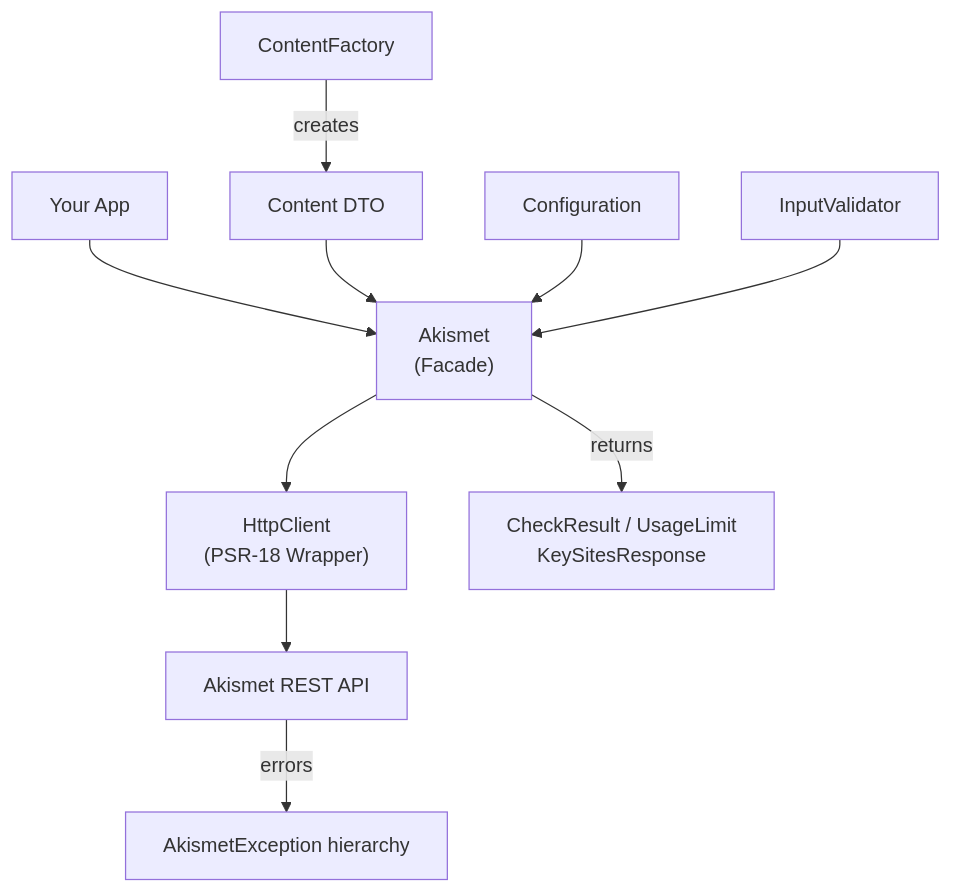
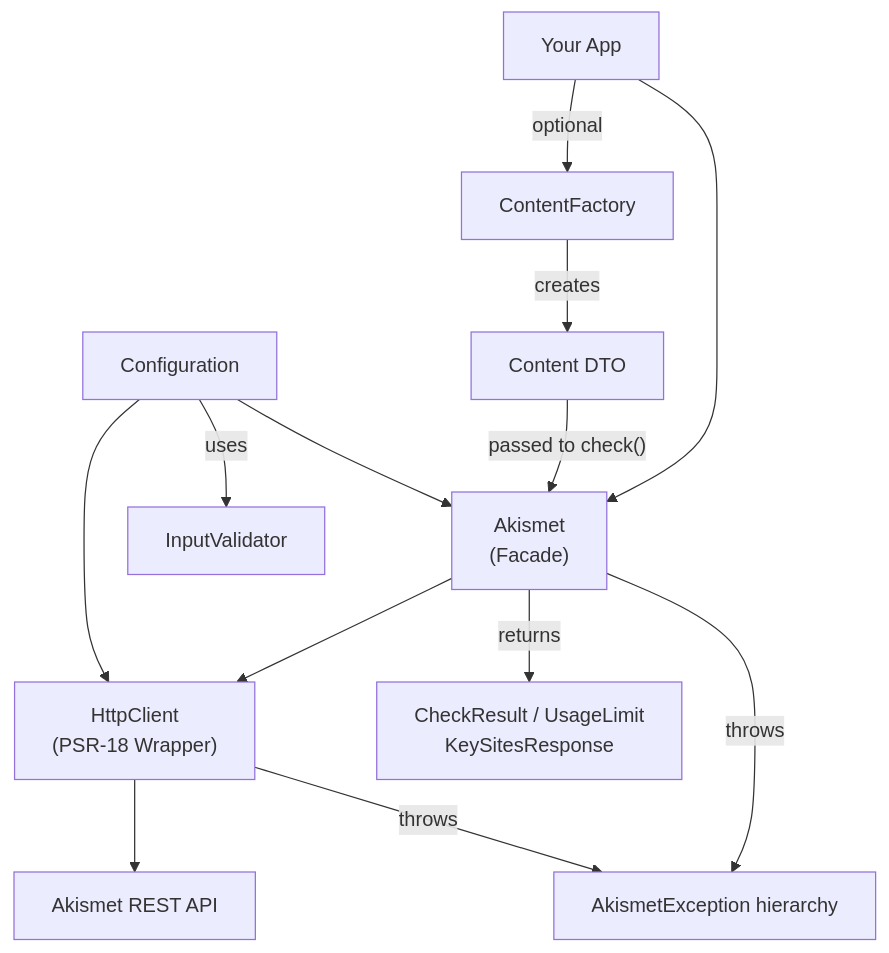
The diagram in CONTRIBUTING.md (Automattic/akismet-sdk-php), drawn with Mermaid before and after one commit. The commit also changed 1 other file, not shown here.

Commit message:
Fix diagram accuracy from code review feedback

````diff
--- a/CONTRIBUTING.md
+++ b/CONTRIBUTING.md
@@ -66,15 +66,18 @@
 ```mermaid
 flowchart TD
     A[Your App] --> B["Akismet<br/>(Facade)"]
     B --> C["HttpClient<br/>(PSR-18 Wrapper)"]
     C --> D[Akismet REST API]
 
-    E[ContentFactory] -->|creates| F[Content DTO]
-    F --> B
+    A -->|optional| E[ContentFactory]
+    E -->|creates| F[Content DTO]
+    F -->|"passed to check()"| B
     B -->|returns| G["CheckResult / UsageLimit<br/>KeySitesResponse"]
 
     H[Configuration] --> B
-    I[InputValidator] --> B
+    H --> C
+    H -->|uses| I[InputValidator]
 
-    D -->|errors| J[AkismetException hierarchy]
+    B -->|throws| J[AkismetException hierarchy]
+    C -->|throws| J
 ```
````
